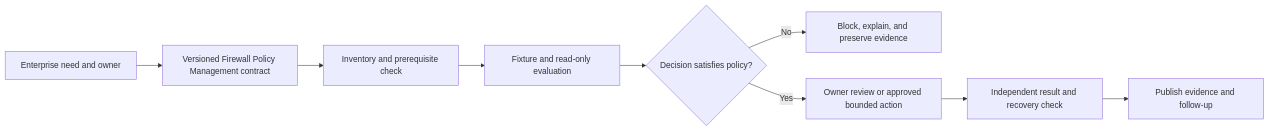
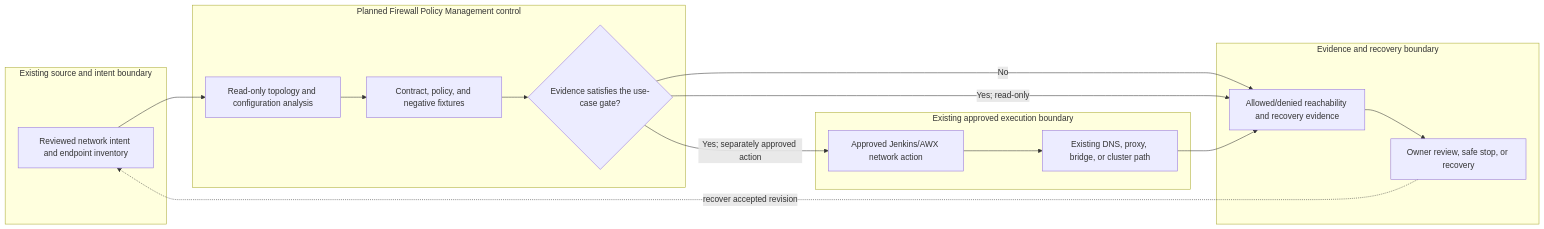
The diagram in docs/use-cases/network/UC-NET-012-firewall-policy-management.md (MIDHTECH/enterprise-architecture-docs), drawn with Mermaid before and after one commit. The commit also changed other lines of this file and 227 other files, not shown here.

Commit message:
Deepen architecture for all use case designs

````diff
--- a/docs/use-cases/network/UC-NET-012-firewall-policy-management.md
+++ b/docs/use-cases/network/UC-NET-012-firewall-policy-management.md
@@ -136,11 +129,25 @@
 ```mermaid
 flowchart LR
-    Need["Enterprise need and owner"] --> Contract["Versioned Firewall Policy Management contract"]
-    Contract --> Preflight["Inventory and prerequisite check"]
-    Preflight --> Evaluate["Fixture and read-only evaluation"]
-    Evaluate --> Decision{"Decision satisfies policy?"}
-    Decision -->|No| Stop["Block, explain, and preserve evidence"]
-    Decision -->|Yes| Review["Owner review or approved bounded action"]
-    Review --> Verify["Independent result and recovery check"]
-    Verify --> Publish["Publish evidence and follow-up"]
+    subgraph Source["Existing source and intent boundary"]
+        A["Reviewed network intent and endpoint inventory"]
+    end
+    subgraph Planned["Planned Firewall Policy Management control"]
+        B["Read-only topology and configuration analysis"]
+        C["Contract, policy, and negative fixtures"]
+        D{"Evidence satisfies the use-case gate?"}
+    end
+    subgraph Runtime["Existing approved execution boundary"]
+        E["Approved Jenkins/AWX network action"]
+        F["Existing DNS, proxy, bridge, or cluster path"]
+    end
+    subgraph Assurance["Evidence and recovery boundary"]
+        G["Allowed/denied reachability and recovery evidence"]
+        H["Owner review, safe stop, or recovery"]
+    end
+
+    A --> B --> C --> D
+    D -->|No| G --> H
+    D -->|Yes; read-only| G
+    D -->|Yes; separately approved action| E --> F --> G
+    H -. recover accepted revision .-> A
 ```
````
